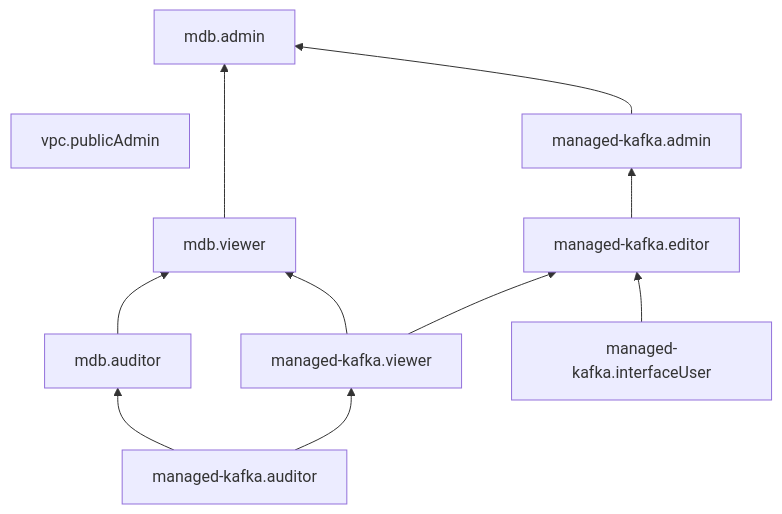
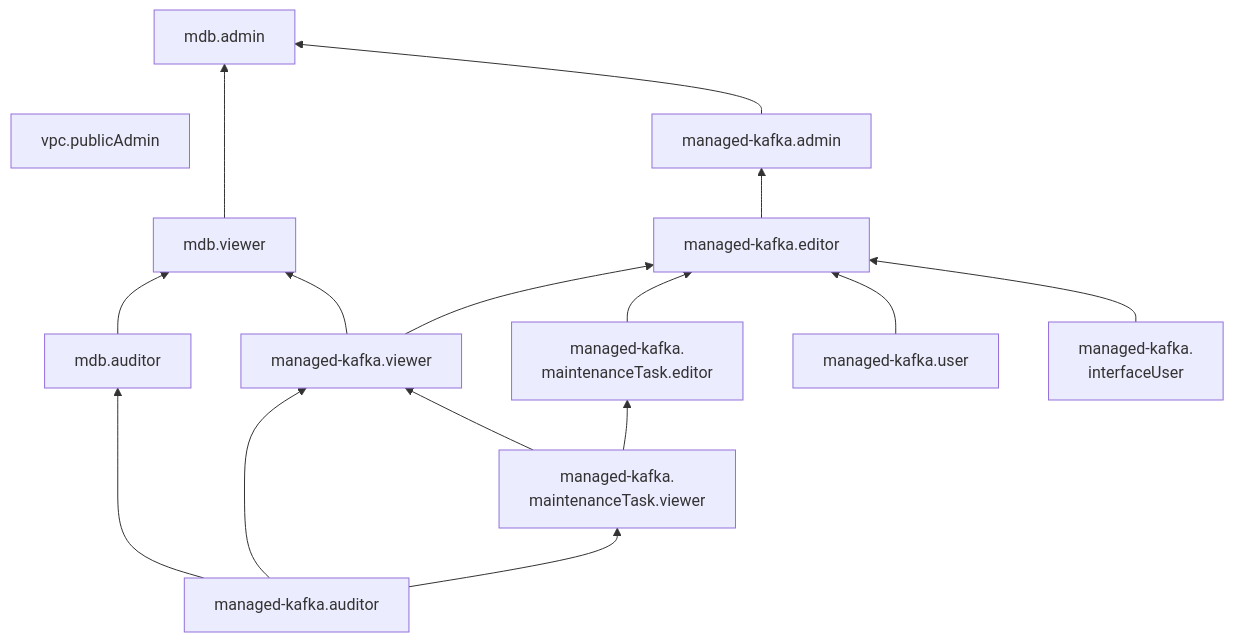
One commit to yandex-cloud/docs changed the diagram in ru/_mermaid/roles/managed-kafka.md. Above: the diagram before and after it, drawn with Mermaid. The commit also changed 584 other files, not shown here.

````diff
--- a/ru/_mermaid/roles/managed-kafka.md
+++ b/ru/_mermaid/roles/managed-kafka.md
@@ -1,13 +1,21 @@
 ```mermaid
 flowchart BT
     vpc.publicAdmin ~~~ mdb.admin
     mdb.viewer --> mdb.admin
     managed-kafka.admin --> mdb.admin
     managed-kafka.editor --> managed-kafka.admin
     mdb.auditor --> mdb.viewer
     managed-kafka.viewer --> mdb.viewer
     managed-kafka.viewer --> managed-kafka.editor
-    managed-kafka.interfaceUser --> managed-kafka.editor
+    managed-kafka.maintenanceTask.editor --> managed-kafka.editor
     managed-kafka.auditor --> managed-kafka.viewer
     managed-kafka.auditor --> mdb.auditor
+    managed-kafka.user --> managed-kafka.editor
+    managed-kafka.interfaceUser["`managed-kafka.
+    interfaceUser`"] --> managed-kafka.editor
+    managed-kafka.maintenanceTask.viewer --> managed-kafka.maintenanceTask.editor["`managed-kafka.
+    maintenanceTask.editor`"]
+    managed-kafka.maintenanceTask.viewer --> managed-kafka.viewer
+    managed-kafka.auditor --> managed-kafka.maintenanceTask.viewer["`managed-kafka.
+    maintenanceTask.viewer`"]
 ```
````
